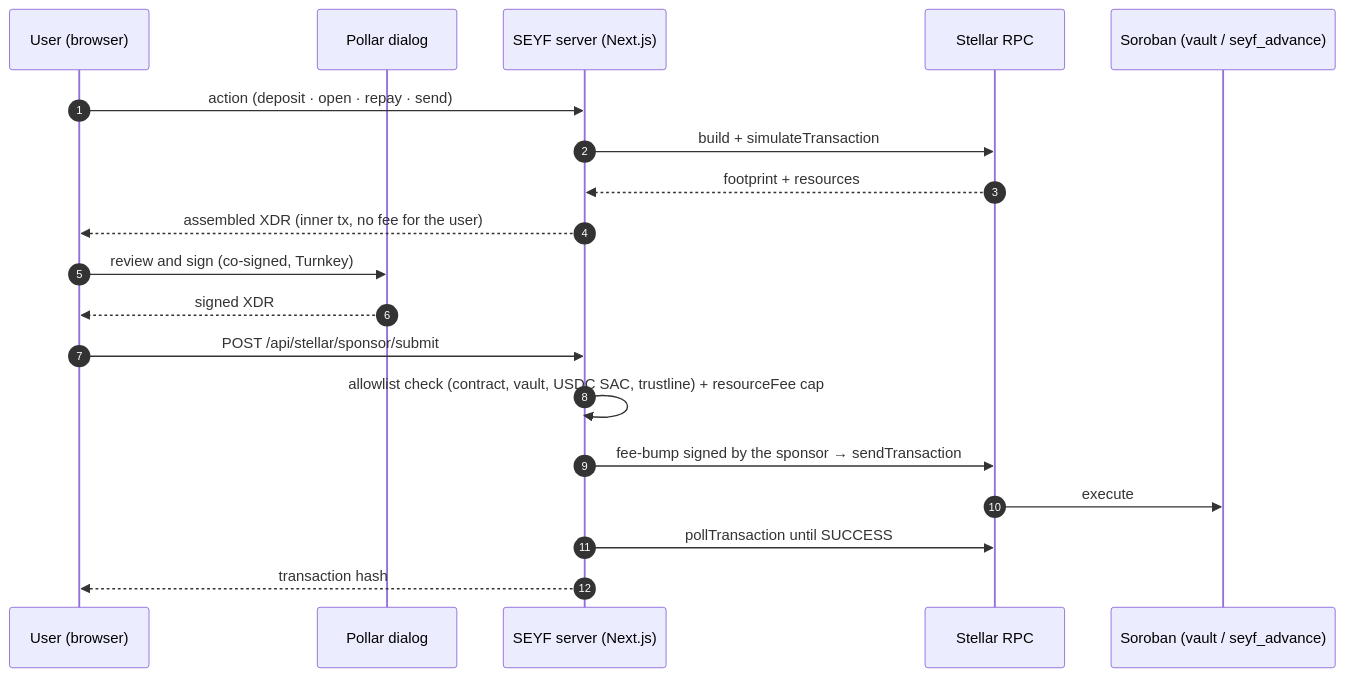
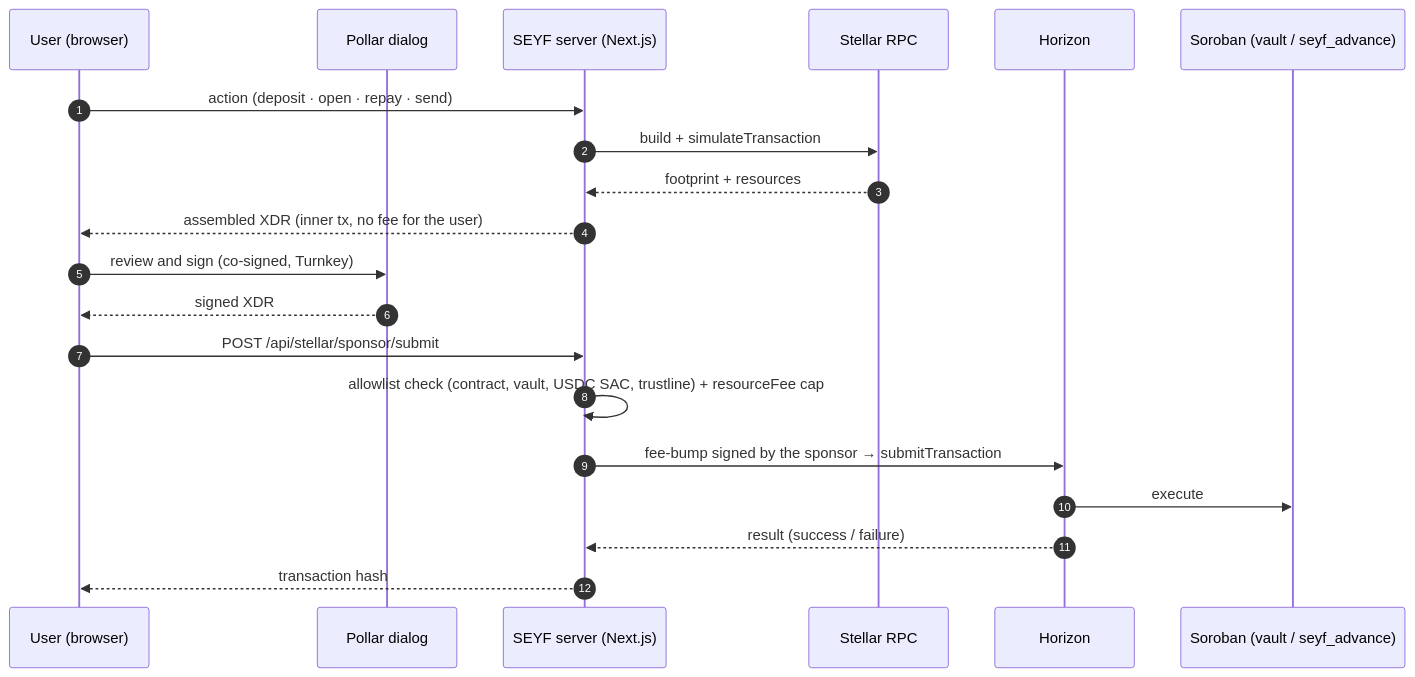
Before and after one commit to Seyfert-Labs/SEYF-P: the diagram in docs/how-it-works.md, drawn with Mermaid. The commit also changed 2 other files, not shown here.

Commit message:
docs: envío por Horizon y lista de permitidos apagada

````diff
--- a/docs/how-it-works.md
+++ b/docs/how-it-works.md
@@ -122,22 +122,23 @@
 ```mermaid
 sequenceDiagram
     autonumber
     participant U as User (browser)
     participant P as Pollar dialog
     participant S as SEYF server (Next.js)
     participant R as Stellar RPC
+    participant H as Horizon
     participant C as Soroban (vault / seyf_advance)
 
     U->>S: action (deposit · open · repay · send)
     S->>R: build + simulateTransaction
     R-->>S: footprint + resources
     S-->>U: assembled XDR (inner tx, no fee for the user)
     U->>P: review and sign (co-signed, Turnkey)
     P-->>U: signed XDR
     U->>S: POST /api/stellar/sponsor/submit
     S->>S: allowlist check (contract, vault, USDC SAC, trustline) + resourceFee cap
-    S->>R: fee-bump signed by the sponsor → sendTransaction
-    R->>C: execute
-    S->>R: pollTransaction until SUCCESS
+    S->>H: fee-bump signed by the sponsor → submitTransaction
+    H->>C: execute
+    H-->>S: result (success / failure)
     S-->>U: transaction hash
 ```
````
